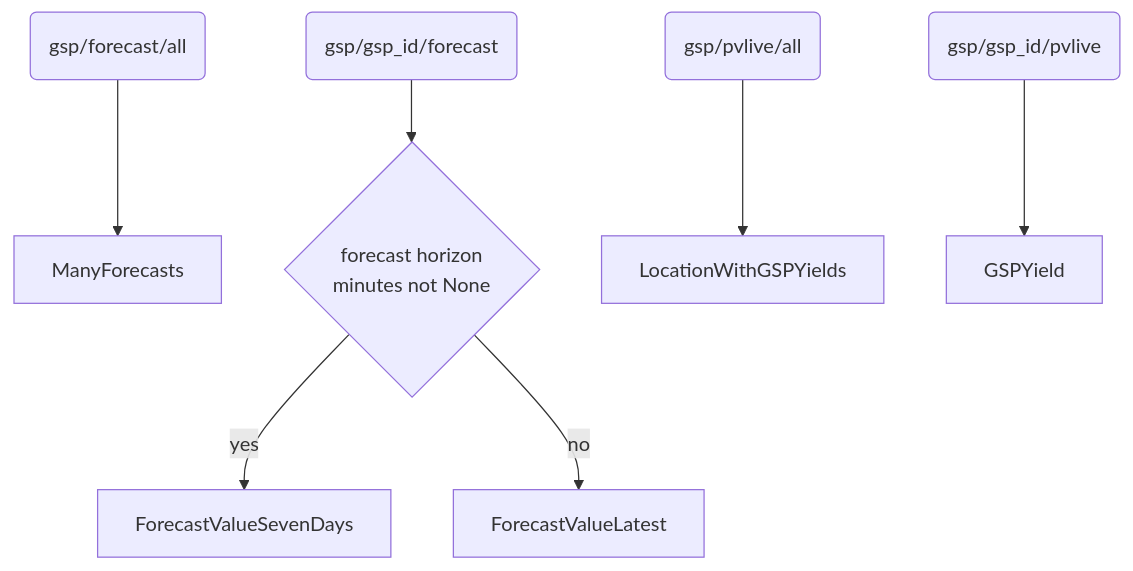
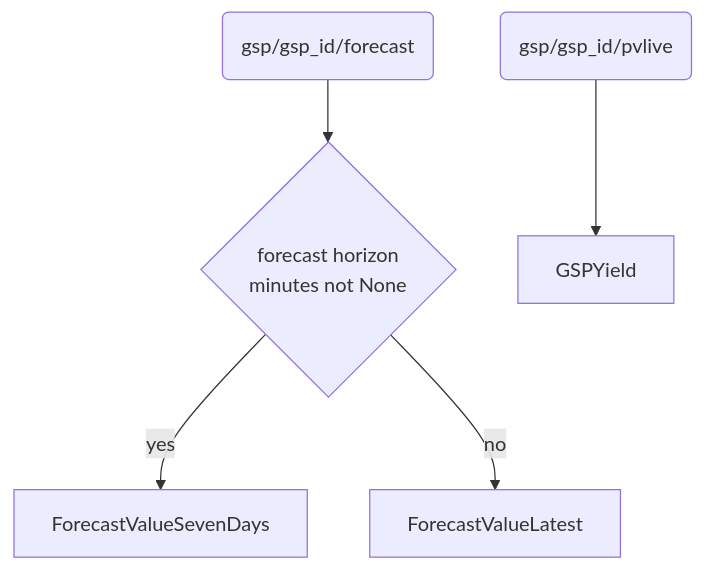
Before and after one commit to openclimatefix/uk-pv-national-gsp-api: the second of 3 diagrams in README.md, drawn with Mermaid.

````diff
--- a/README.md
+++ b/README.md
@@ -135,16 +135,11 @@
 ```mermaid
   graph TD;
-      G1(gsp/forecast/all);
-      G1--> N3[ManyForecasts];
 
       G3(gsp/gsp_id/forecast) -->Q4;
       Q4{forecast horizon <br> minutes not None}
       Q4-->|yes| G7[ForecastValueSevenDays];
       Q4-->|no| G6[ForecastValueLatest];
 
-      GP1(gsp/pvlive/all)-->GP2;
-      GP2[LocationWithGSPYields];
-
       GP3(gsp/gsp_id/pvlive)-->GP4;
       GP4[GSPYield];
 ```
````
